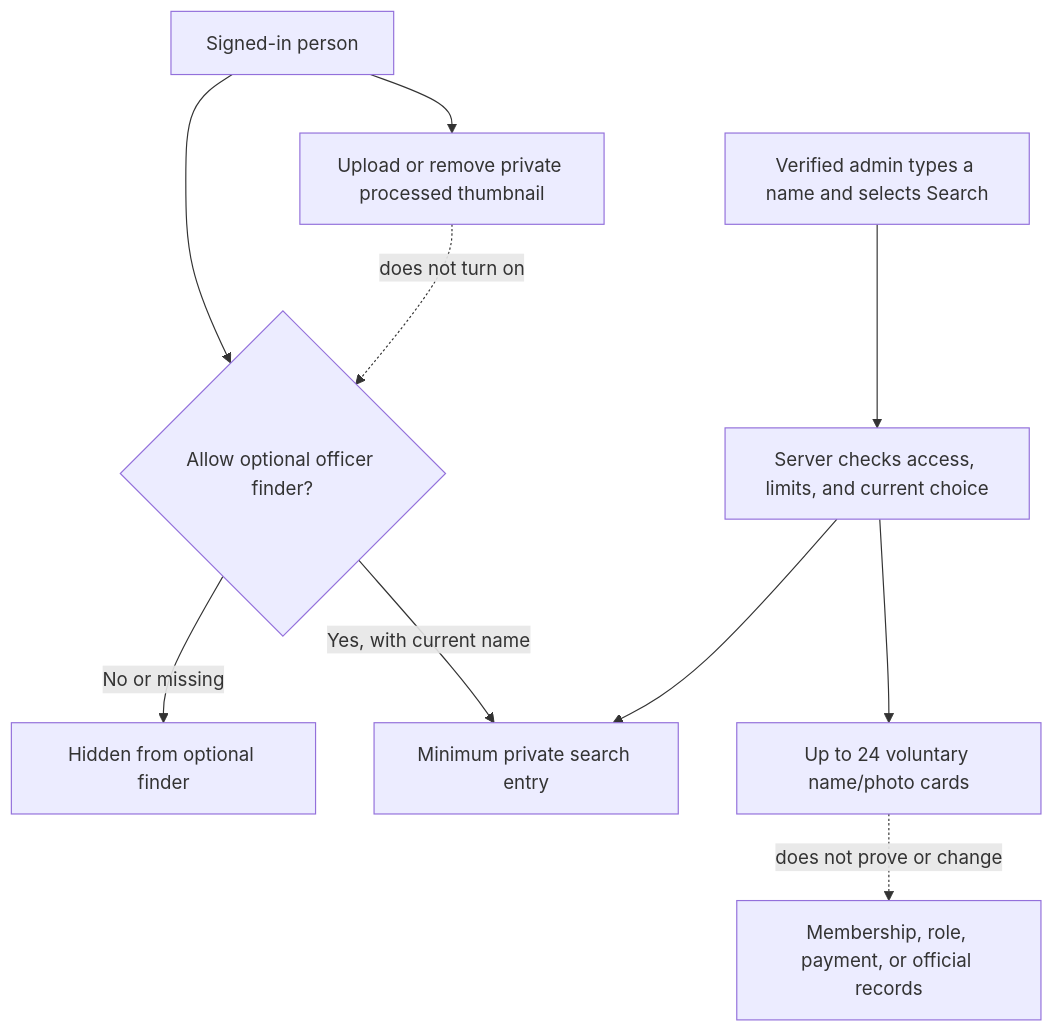
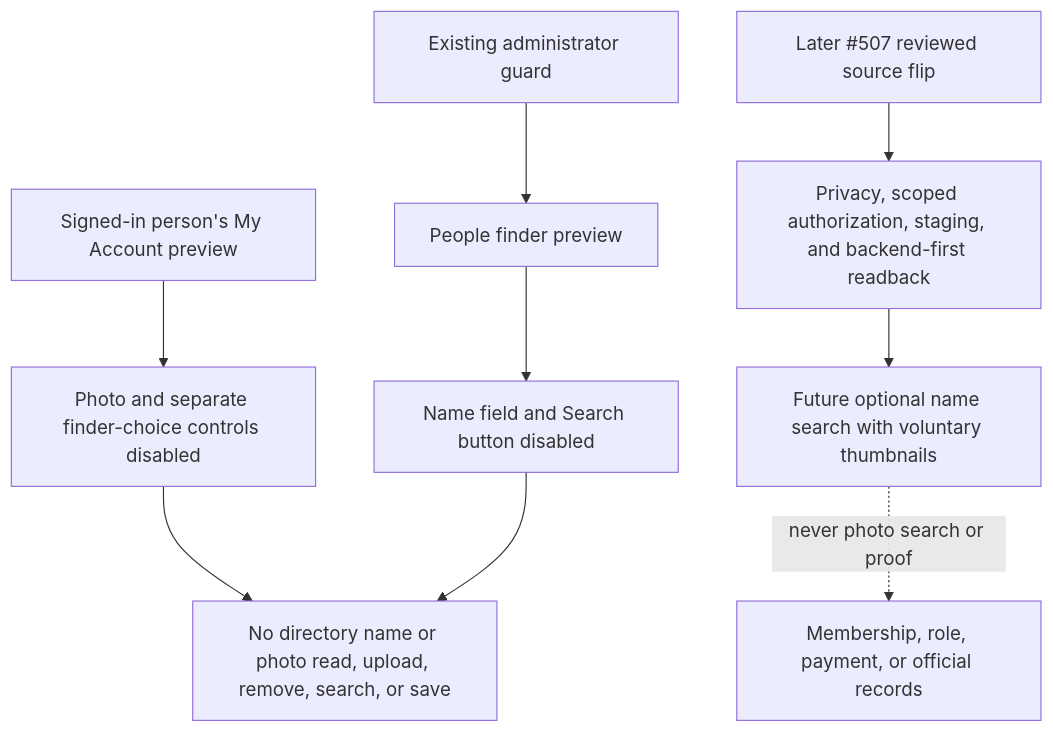
Before and after one commit to Run-MPRC/Run-MPRC.github.io: diagram 37 of 52 in docs/officers/EVENTS_SHOP_MEMBERS.md, drawn with Mermaid. The commit also changed other lines of this file and 17 other files, not shown here.

First line of the commit message:
MEMBERS-DIRECTORY-001D: add inert interface preview (#621)

````diff
--- a/docs/officers/EVENTS_SHOP_MEMBERS.md
+++ b/docs/officers/EVENTS_SHOP_MEMBERS.md
@@ -2425,12 +2425,11 @@
 ```mermaid
 flowchart TD
-    Person["Signed-in person"] --> Photo["Upload or remove private processed thumbnail"]
-    Person --> Choice{"Allow optional officer finder?"}
-    Choice -- "No or missing" --> Hidden["Hidden from optional finder"]
-    Choice -- "Yes, with current name" --> Private["Minimum private search entry"]
-    Photo -. "does not turn on" .-> Choice
-    Officer["Verified admin types a name and selects Search"] --> Server["Server checks access, limits, and current choice"]
-    Server --> Private
-    Server --> Results["Up to 24 voluntary name/photo cards"]
-    Results -. "does not prove or change" .-> Official["Membership, role, payment, or official records"]
+    Person["Signed-in person's My Account preview"] --> Account["Photo and separate finder-choice controls disabled"]
+    Guard["Existing administrator guard"] --> Officer["People finder preview"]
+    Officer --> Search["Name field and Search button disabled"]
+    Account --> None["No directory name or photo read, upload, remove, search, or save"]
+    Search --> None
+    Later["Later #507 reviewed source flip"] --> Gates["Privacy, scoped authorization, staging, and backend-first readback"]
+    Gates --> Connected["Future optional name search with voluntary thumbnails"]
+    Connected -. "never photo search or proof" .-> Official["Membership, role, payment, or official records"]
 ```
````
